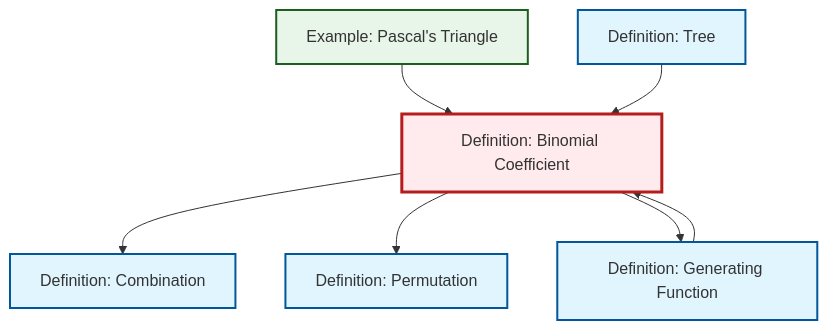
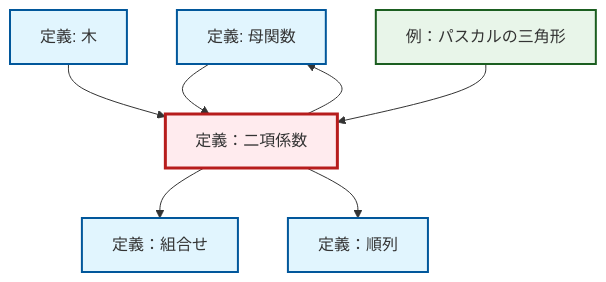
One commit to RK0429/ModernMath changed the diagram in content/ja/combinatorics/def-binomial-coefficient.qmd. Above: the diagram before and after it, drawn with Mermaid. The commit also changed 1069 other files, not shown here.

````diff
--- a/content/ja/combinatorics/def-binomial-coefficient.qmd
+++ b/content/ja/combinatorics/def-binomial-coefficient.qmd
@@ -67,27 +67,27 @@
 ```{mermaid}
 %%| fig-cap: "Local dependency graph"
 graph TD
     classDef definition fill:#e1f5fe,stroke:#01579b,stroke-width:2px
     classDef theorem fill:#f3e5f5,stroke:#4a148c,stroke-width:2px
     classDef axiom fill:#fff3e0,stroke:#e65100,stroke-width:2px
     classDef example fill:#e8f5e9,stroke:#1b5e20,stroke-width:2px
     classDef current fill:#ffebee,stroke:#b71c1c,stroke-width:3px
-    def-binomial-coefficient["Definition: Binomial Coefficient"]:::definition
-    def-permutation["Definition: Permutation"]:::definition
-    ex-pascals-triangle["Example: Pascal's Triangle"]:::example
-    def-combination["Definition: Combination"]:::definition
-    def-generating-function["Definition: Generating Function"]:::definition
-    def-tree["Definition: Tree"]:::definition
+    def-combination["定義：組合せ"]:::definition
+    def-generating-function["定義: 母関数"]:::definition
+    def-binomial-coefficient["定義：二項係数"]:::definition
+    ex-pascals-triangle["例：パスカルの三角形"]:::example
+    def-tree["定義: 木"]:::definition
+    def-permutation["定義：順列"]:::definition
     def-binomial-coefficient --> def-combination
     def-generating-function --> def-binomial-coefficient
-    ex-pascals-triangle --> def-binomial-coefficient
     def-binomial-coefficient --> def-permutation
     def-tree --> def-binomial-coefficient
+    ex-pascals-triangle --> def-binomial-coefficient
     def-binomial-coefficient --> def-generating-function
     class def-binomial-coefficient current
-    click def-permutation "def-permutation.html" "Definition: Permutationへ"
-    click ex-pascals-triangle "ex-pascals-triangle.html" "Example: Pascal's Triangleへ"
-    click def-combination "def-combination.html" "Definition: Combinationへ"
-    click def-generating-function "def-generating-function.html" "Definition: Generating Functionへ"
-    click def-tree "def-tree.html" "Definition: Treeへ"
+    click def-combination "def-combination.html" "定義：組合せへ"
+    click def-generating-function "def-generating-function.html" "母関数の定義へ"
+    click ex-pascals-triangle "ex-pascals-triangle.html" "例：パスカルの三角形へ"
+    click def-tree "def-tree.html" "木の定義へ"
+    click def-permutation "def-permutation.html" "定義：順列へ"
 ```
````
